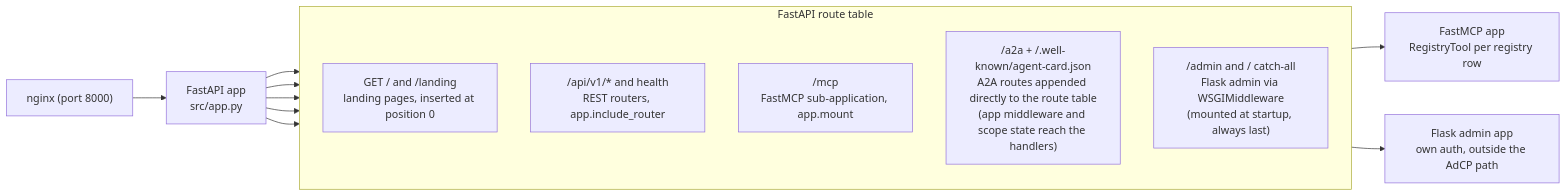
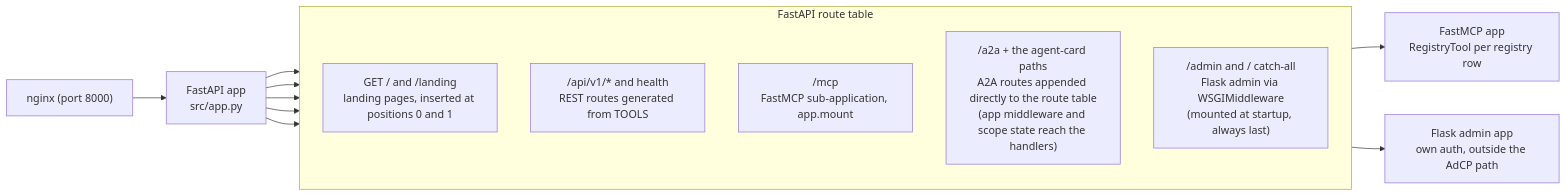
One commit to KonstantinMirin/prebid-salesagent changed the first of 4 diagrams in docs/development/request-lifecycle.md. Above: the diagram before and after it, drawn with Mermaid. The commit also changed other lines of this file and 43 other files, not shown here.

First line of the commit message:
docs: rewrite the design documentation for the boundary architecture

````diff
--- a/docs/development/request-lifecycle.md
+++ b/docs/development/request-lifecycle.md
@@ -29,22 +30,22 @@
 ```mermaid
 flowchart LR
     nginx["nginx (port 8000)"] --> app["FastAPI app\nsrc/app.py"]
 
     subgraph routes["FastAPI route table"]
         direction TB
-        landing["GET / and /landing\nlanding pages, inserted at position 0"]
-        rest["/api/v1/* and health\nREST routers, app.include_router"]
+        landing["GET / and /landing\nlanding pages, inserted at positions 0 and 1"]
+        rest["/api/v1/* and health\nREST routes generated from TOOLS"]
         mcp["/mcp\nFastMCP sub-application, app.mount"]
-        a2a["/a2a + /.well-known/agent-card.json\nA2A routes appended directly to the route table\n(app middleware and scope state reach the handlers)"]
+        a2a["/a2a + the agent-card paths\nA2A routes appended directly to the route table\n(app middleware and scope state reach the handlers)"]
         admin["/admin and / catch-all\nFlask admin via WSGIMiddleware\n(mounted at startup, always last)"]
     end
 
     app --> landing
     app --> rest
     app --> mcp
     app --> a2a
     app --> admin
 
     mcp --> fastmcp["FastMCP app\nRegistryTool per registry row"]
     admin --> flask["Flask admin app\nown auth, outside the AdCP path"]
 ```
````
